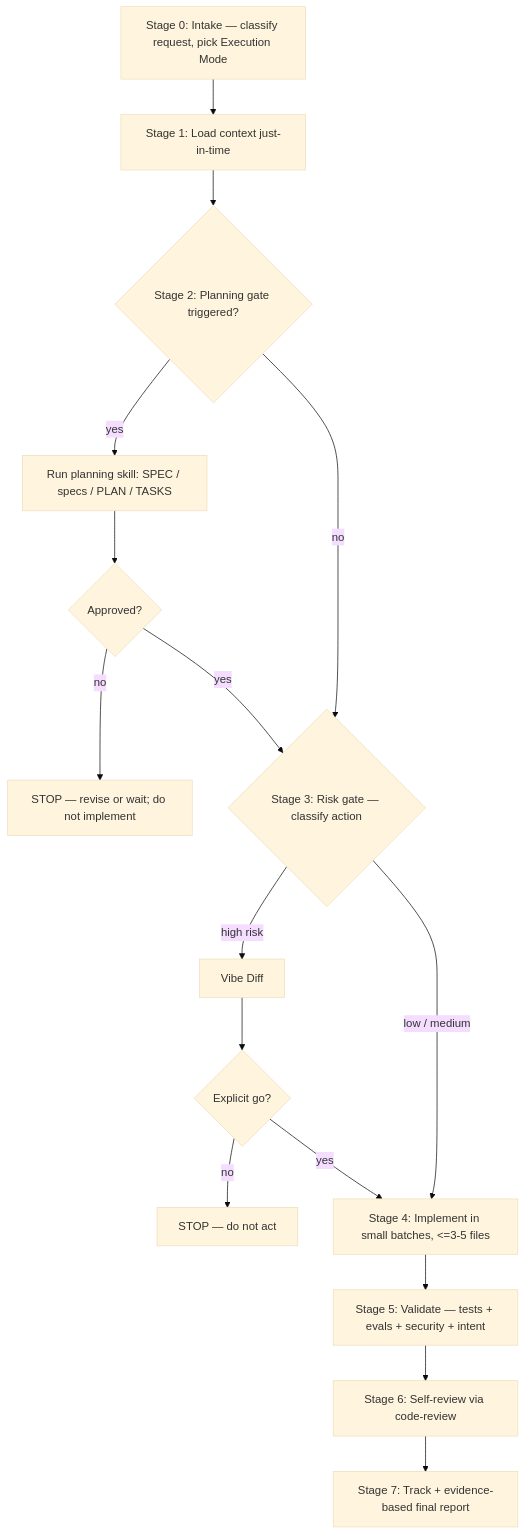
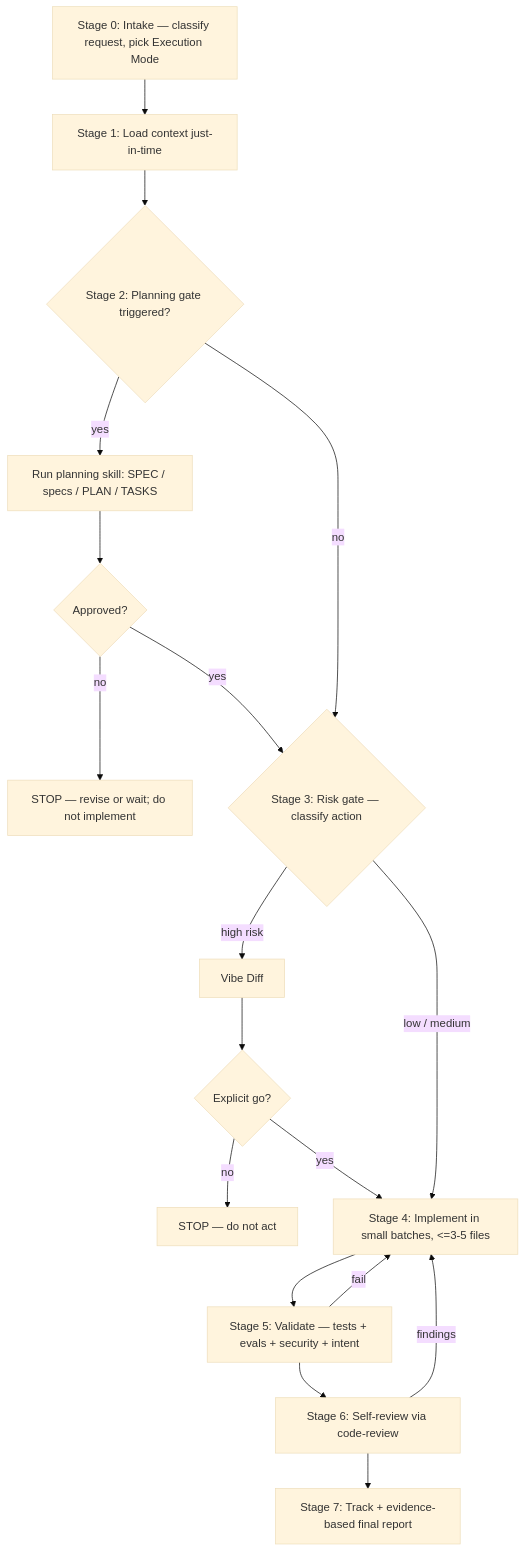
The diagram in docs/AGENT_WORKFLOWS.md (EvgenVer/Agents-tollkit), drawn with Mermaid (base theme) before and after one commit. The commit also changed other lines of this file and 3 other files, not shown here.

````diff
--- a/docs/AGENT_WORKFLOWS.md
+++ b/docs/AGENT_WORKFLOWS.md
@@ -10,18 +10,20 @@
 ```mermaid
 flowchart TD
     A[Stage 0: Intake — classify request, pick Execution Mode] --> B[Stage 1: Load context just-in-time]
     B --> C{Stage 2: Planning gate triggered?}
     C -- yes --> P[Run planning skill: SPEC / specs / PLAN / TASKS]
     P --> PA{Approved?}
     PA -- no --> PS[STOP — revise or wait; do not implement]
     PA -- yes --> D{Stage 3: Risk gate — classify action}
     C -- no --> D
     D -- high risk --> V[Vibe Diff]
     V --> VA{Explicit go?}
     VA -- no --> VS[STOP — do not act]
     VA -- yes --> E[Stage 4: Implement in small batches, <=3-5 files]
     D -- low / medium --> E
     E --> F[Stage 5: Validate — tests + evals + security + intent]
+    F -- fail --> E
     F --> G[Stage 6: Self-review via code-review]
+    G -- findings --> E
     G --> H[Stage 7: Track + evidence-based final report]
 ```
````
